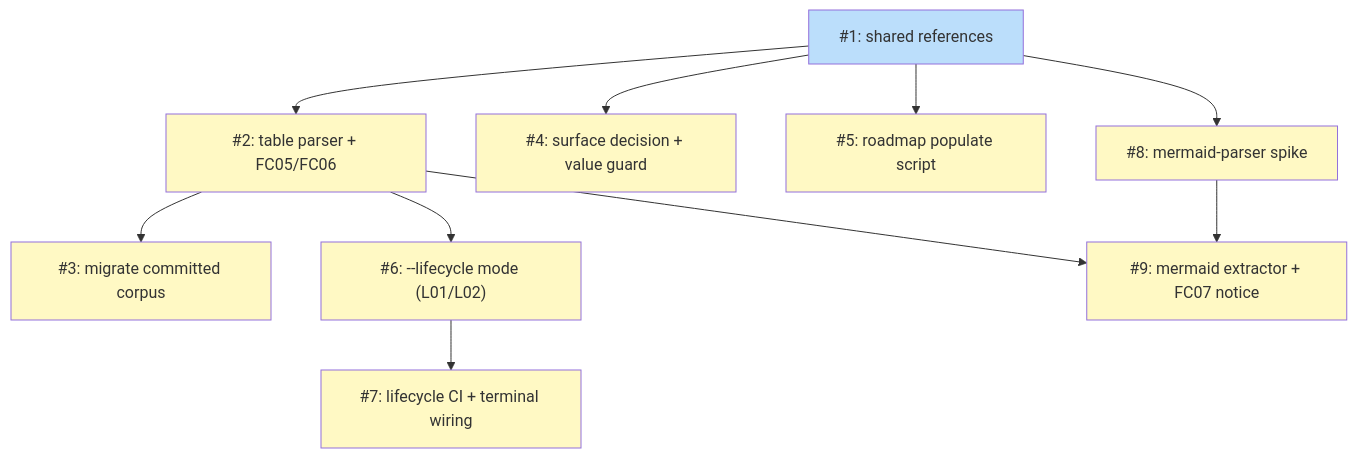
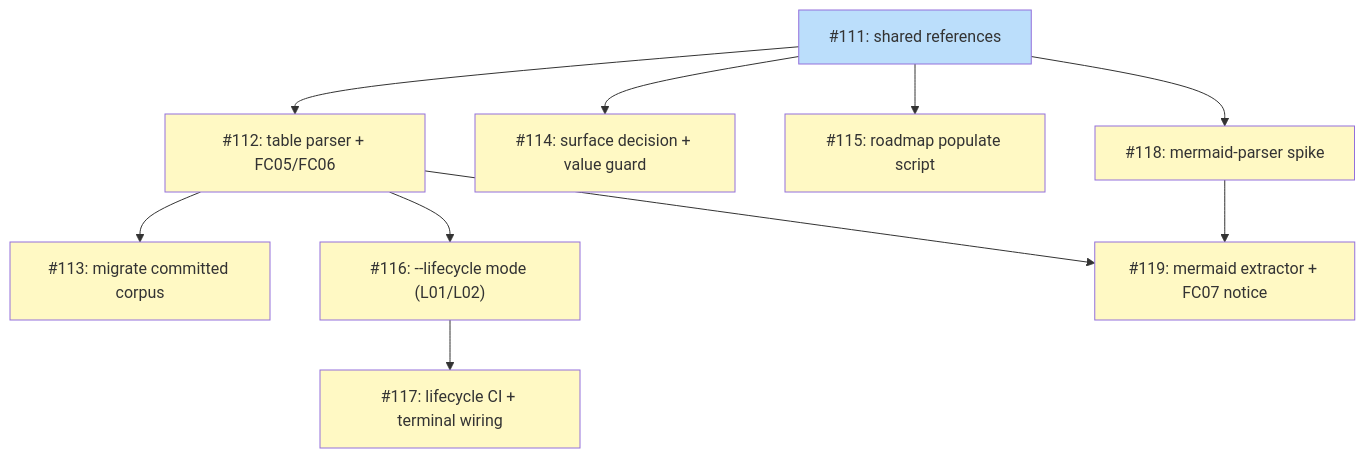
The diagram in docs/plans/PLAN-roadmap-plan-standardization.md (tsukumogami/shirabe), drawn with Mermaid before and after one commit. The commit also changed other lines of this file and 1 other file, not shown here.

First line of the commit message:
docs(plan): create issues and activate plan for roadmap-plan standardization

````diff
--- a/docs/plans/PLAN-roadmap-plan-standardization.md
+++ b/docs/plans/PLAN-roadmap-plan-standardization.md
@@ -87,35 +87,35 @@
 ```mermaid
 graph TD
-    I1["#1: shared references"]
-    I2["#2: table parser + FC05/FC06"]
-    I3["#3: migrate committed corpus"]
-    I4["#4: surface decision + value guard"]
-    I5["#5: roadmap populate script"]
-    I6["#6: --lifecycle mode (L01/L02)"]
-    I7["#7: lifecycle CI + terminal wiring"]
-    I8["#8: mermaid-parser spike"]
-    I9["#9: mermaid extractor + FC07 notice"]
+    I111["#111: shared references"]
+    I112["#112: table parser + FC05/FC06"]
+    I113["#113: migrate committed corpus"]
+    I114["#114: surface decision + value guard"]
+    I115["#115: roadmap populate script"]
+    I116["#116: --lifecycle mode (L01/L02)"]
+    I117["#117: lifecycle CI + terminal wiring"]
+    I118["#118: mermaid-parser spike"]
+    I119["#119: mermaid extractor + FC07 notice"]
 
-    I1 --> I2
-    I1 --> I4
-    I1 --> I5
-    I1 --> I8
-    I2 --> I3
-    I2 --> I6
-    I2 --> I9
-    I6 --> I7
-    I8 --> I9
+    I111 --> I112
+    I111 --> I114
+    I111 --> I115
+    I111 --> I118
+    I112 --> I113
+    I112 --> I116
+    I112 --> I119
+    I116 --> I117
+    I118 --> I119
 
     classDef done fill:#c8e6c9
     classDef ready fill:#bbdefb
     classDef blocked fill:#fff9c4
     classDef needsDesign fill:#e1bee7
     classDef needsPrd fill:#b3e5fc
     classDef needsSpike fill:#ffcdd2
     classDef needsDecision fill:#d1c4e9
     classDef tracksDesign fill:#FFE0B2,stroke:#F57C00,color:#000
     classDef tracksPlan fill:#FFE0B2,stroke:#F57C00,color:#000
 
-    class I1 ready
-    class I2,I3,I4,I5,I6,I7,I8,I9 blocked
+    class I111 ready
+    class I112,I113,I114,I115,I116,I117,I118,I119 blocked
 ```
````
